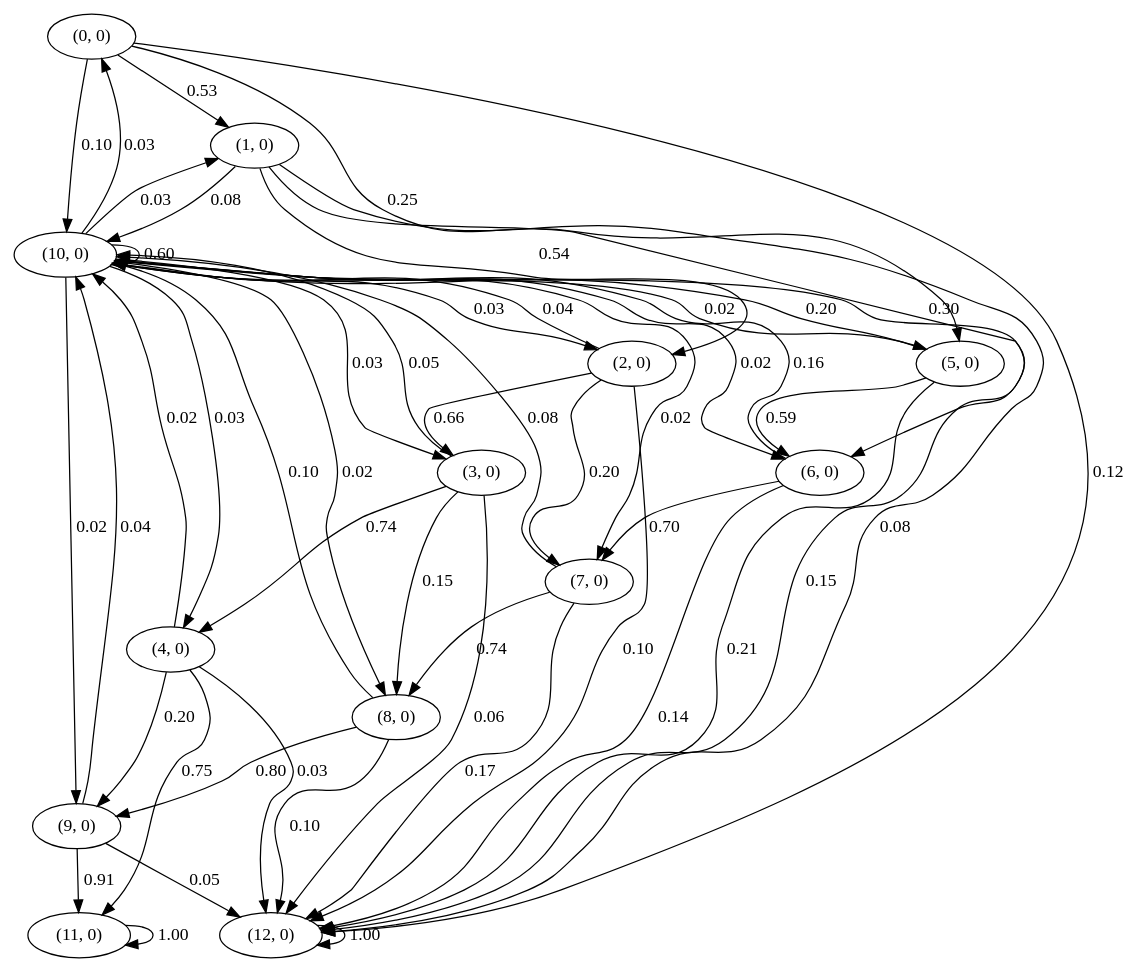
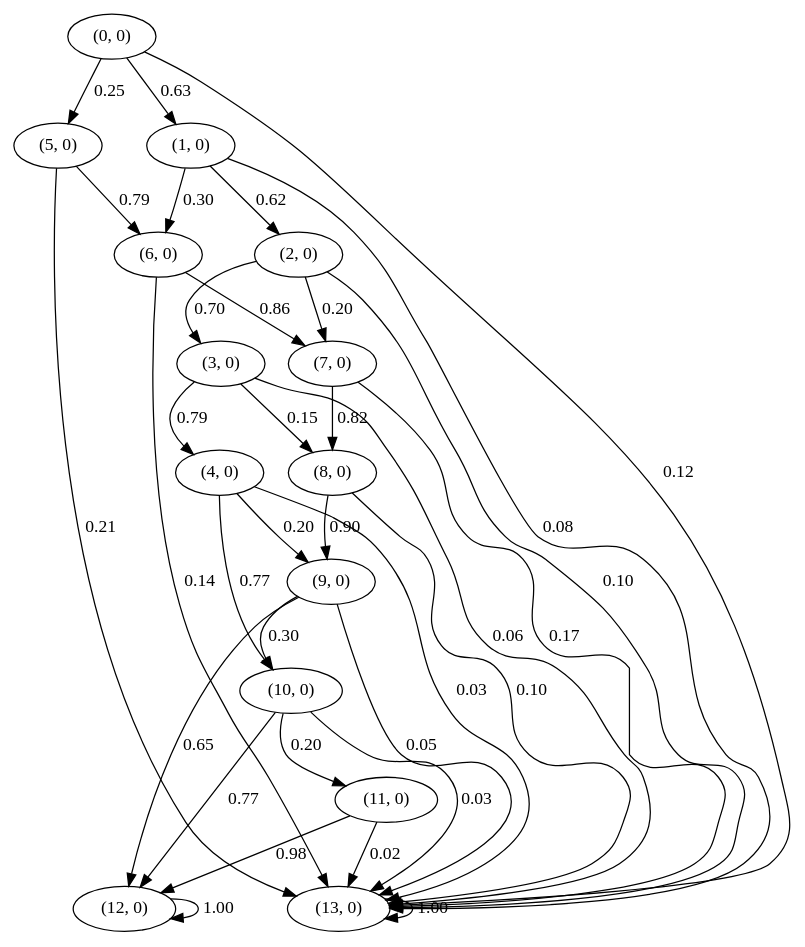
Before and after one commit to JulianaFerreira/educacao: the diagram in mc.dot, drawn with Graphviz. The commit also changed 3 other files, not shown here.

```diff
--- a/mc.dot
+++ b/mc.dot
@@ -1,64 +1,49 @@
 digraph  {
 "(0, 0)";
 "(1, 0)";
 "(5, 0)";
-"(10, 0)";
-"(12, 0)";
+"(13, 0)";
 "(2, 0)";
 "(6, 0)";
 "(3, 0)";
 "(7, 0)";
 "(4, 0)";
 "(8, 0)";
 "(9, 0)";
+"(10, 0)";
+"(12, 0)";
 "(11, 0)";
-"(0, 0)" -> "(1, 0)"  [key=0, label="0.53", weight="0.53"];
+"(0, 0)" -> "(1, 0)"  [key=0, label="0.63", weight="0.63"];
 "(0, 0)" -> "(5, 0)"  [key=0, label="0.25", weight="0.25"];
-"(0, 0)" -> "(10, 0)"  [key=0, label="0.10", weight="0.1"];
-"(0, 0)" -> "(12, 0)"  [key=0, label="0.12", weight="0.12"];
-"(1, 0)" -> "(2, 0)"  [key=0, label="0.54", weight="0.54"];
+"(0, 0)" -> "(13, 0)"  [key=0, label="0.12", weight="0.12"];
+"(1, 0)" -> "(2, 0)"  [key=0, label="0.62", weight="0.62"];
 "(1, 0)" -> "(6, 0)"  [key=0, label="0.30", weight="0.3"];
-"(1, 0)" -> "(10, 0)"  [key=0, label="0.08", weight="0.08"];
-"(1, 0)" -> "(12, 0)"  [key=0, label="0.08", weight="0.08"];
-"(5, 0)" -> "(6, 0)"  [key=0, label="0.59", weight="0.59"];
-"(5, 0)" -> "(10, 0)"  [key=0, label="0.20", weight="0.2"];
-"(5, 0)" -> "(12, 0)"  [key=0, label="0.21", weight="0.21"];
-"(10, 0)" -> "(0, 0)"  [key=0, label="0.03", weight="0.03"];
-"(10, 0)" -> "(1, 0)"  [key=0, label="0.03", weight="0.03"];
-"(10, 0)" -> "(2, 0)"  [key=0, label="0.03", weight="0.03"];
-"(10, 0)" -> "(3, 0)"  [key=0, label="0.03", weight="0.03"];
-"(10, 0)" -> "(4, 0)"  [key=0, label="0.03", weight="0.03"];
-"(10, 0)" -> "(5, 0)"  [key=0, label="0.02", weight="0.02"];
-"(10, 0)" -> "(6, 0)"  [key=0, label="0.02", weight="0.02"];
-"(10, 0)" -> "(7, 0)"  [key=0, label="0.02", weight="0.02"];
-"(10, 0)" -> "(8, 0)"  [key=0, label="0.02", weight="0.02"];
-"(10, 0)" -> "(9, 0)"  [key=0, label="0.02", weight="0.02"];
-"(10, 0)" -> "(10, 0)"  [key=0, label="0.60", weight="0.6"];
-"(10, 0)" -> "(12, 0)"  [key=0, label="0.15", weight="0.15"];
+"(1, 0)" -> "(13, 0)"  [key=0, label="0.08", weight="0.08"];
+"(5, 0)" -> "(6, 0)"  [key=0, label="0.79", weight="0.79"];
+"(5, 0)" -> "(13, 0)"  [key=0, label="0.21", weight="0.21"];
+"(13, 0)" -> "(13, 0)"  [key=0, label="1.00", weight="1.0"];
+"(2, 0)" -> "(3, 0)"  [key=0, label="0.70", weight="0.7"];
+"(2, 0)" -> "(7, 0)"  [key=0, label="0.20", weight="0.2"];
+"(2, 0)" -> "(13, 0)"  [key=0, label="0.10", weight="0.1"];
+"(6, 0)" -> "(7, 0)"  [key=0, label="0.86", weight="0.86"];
+"(6, 0)" -> "(13, 0)"  [key=0, label="0.14", weight="0.14"];
+"(3, 0)" -> "(4, 0)"  [key=0, label="0.79", weight="0.79"];
+"(3, 0)" -> "(8, 0)"  [key=0, label="0.15", weight="0.15"];
+"(3, 0)" -> "(13, 0)"  [key=0, label="0.06", weight="0.06"];
+"(7, 0)" -> "(8, 0)"  [key=0, label="0.82", weight="0.825"];
+"(7, 0)" -> "(13, 0)"  [key=0, label="0.17", weight="0.175"];
+"(4, 0)" -> "(9, 0)"  [key=0, label="0.20", weight="0.2"];
+"(4, 0)" -> "(10, 0)"  [key=0, label="0.77", weight="0.77"];
+"(4, 0)" -> "(13, 0)"  [key=0, label="0.03", weight="0.03"];
+"(8, 0)" -> "(9, 0)"  [key=0, label="0.90", weight="0.895"];
+"(8, 0)" -> "(13, 0)"  [key=0, label="0.10", weight="0.105"];
+"(9, 0)" -> "(10, 0)"  [key=0, label="0.30", weight="0.3"];
+"(9, 0)" -> "(12, 0)"  [key=0, label="0.65", weight="0.6475"];
+"(9, 0)" -> "(13, 0)"  [key=0, label="0.05", weight="0.0525"];
+"(10, 0)" -> "(11, 0)"  [key=0, label="0.20", weight="0.2"];
+"(10, 0)" -> "(12, 0)"  [key=0, label="0.77", weight="0.77"];
+"(10, 0)" -> "(13, 0)"  [key=0, label="0.03", weight="0.03"];
 "(12, 0)" -> "(12, 0)"  [key=0, label="1.00", weight="1.0"];
-"(2, 0)" -> "(3, 0)"  [key=0, label="0.66", weight="0.66"];
-"(2, 0)" -> "(7, 0)"  [key=0, label="0.20", weight="0.2"];
-"(2, 0)" -> "(10, 0)"  [key=0, label="0.04", weight="0.04"];
-"(2, 0)" -> "(12, 0)"  [key=0, label="0.10", weight="0.1"];
-"(6, 0)" -> "(7, 0)"  [key=0, label="0.70", weight="0.7"];
-"(6, 0)" -> "(10, 0)"  [key=0, label="0.16", weight="0.16"];
-"(6, 0)" -> "(12, 0)"  [key=0, label="0.14", weight="0.14"];
-"(3, 0)" -> "(4, 0)"  [key=0, label="0.74", weight="0.74"];
-"(3, 0)" -> "(8, 0)"  [key=0, label="0.15", weight="0.15"];
-"(3, 0)" -> "(10, 0)"  [key=0, label="0.05", weight="0.05"];
-"(3, 0)" -> "(12, 0)"  [key=0, label="0.06", weight="0.06"];
-"(7, 0)" -> "(8, 0)"  [key=0, label="0.74", weight="0.745"];
-"(7, 0)" -> "(10, 0)"  [key=0, label="0.08", weight="0.08"];
-"(7, 0)" -> "(12, 0)"  [key=0, label="0.17", weight="0.175"];
-"(4, 0)" -> "(9, 0)"  [key=0, label="0.20", weight="0.2"];
-"(4, 0)" -> "(10, 0)"  [key=0, label="0.02", weight="0.02"];
-"(4, 0)" -> "(11, 0)"  [key=0, label="0.75", weight="0.75"];
-"(4, 0)" -> "(12, 0)"  [key=0, label="0.03", weight="0.03"];
-"(8, 0)" -> "(9, 0)"  [key=0, label="0.80", weight="0.795"];
-"(8, 0)" -> "(10, 0)"  [key=0, label="0.10", weight="0.1"];
-"(8, 0)" -> "(12, 0)"  [key=0, label="0.10", weight="0.105"];
-"(9, 0)" -> "(10, 0)"  [key=0, label="0.04", weight="0.04"];
-"(9, 0)" -> "(11, 0)"  [key=0, label="0.91", weight="0.9075"];
-"(9, 0)" -> "(12, 0)"  [key=0, label="0.05", weight="0.0525"];
-"(11, 0)" -> "(11, 0)"  [key=0, label="1.00", weight="1.0"];
+"(11, 0)" -> "(12, 0)"  [key=0, label="0.98", weight="0.98"];
+"(11, 0)" -> "(13, 0)"  [key=0, label="0.02", weight="0.02"];
 }
```
